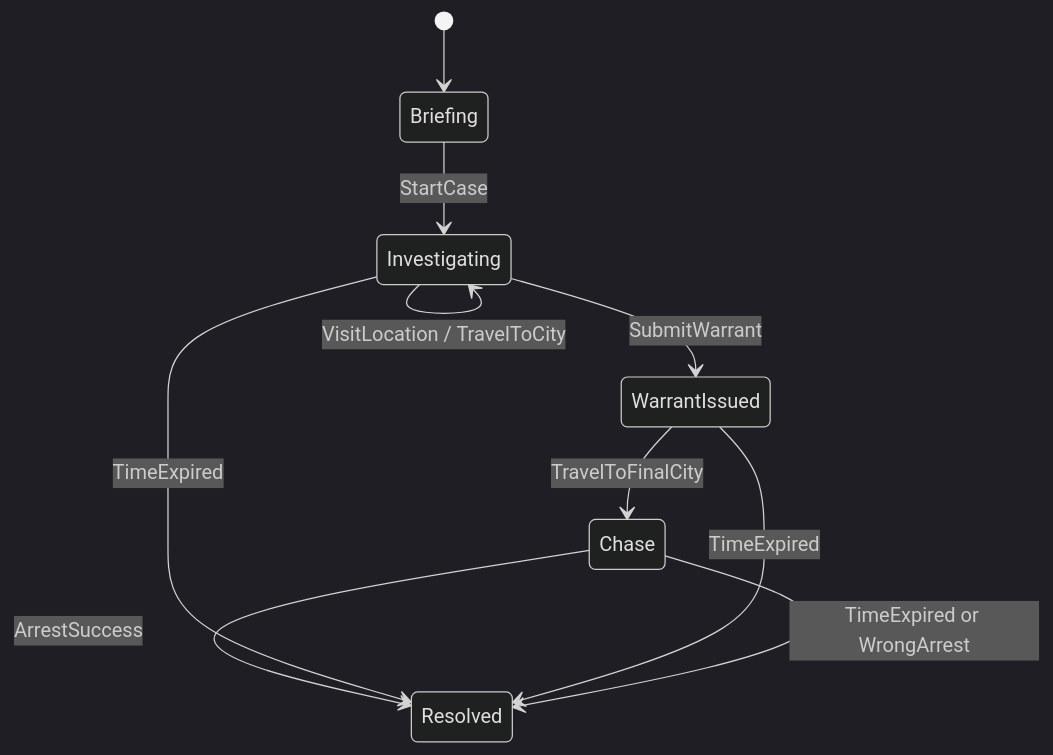
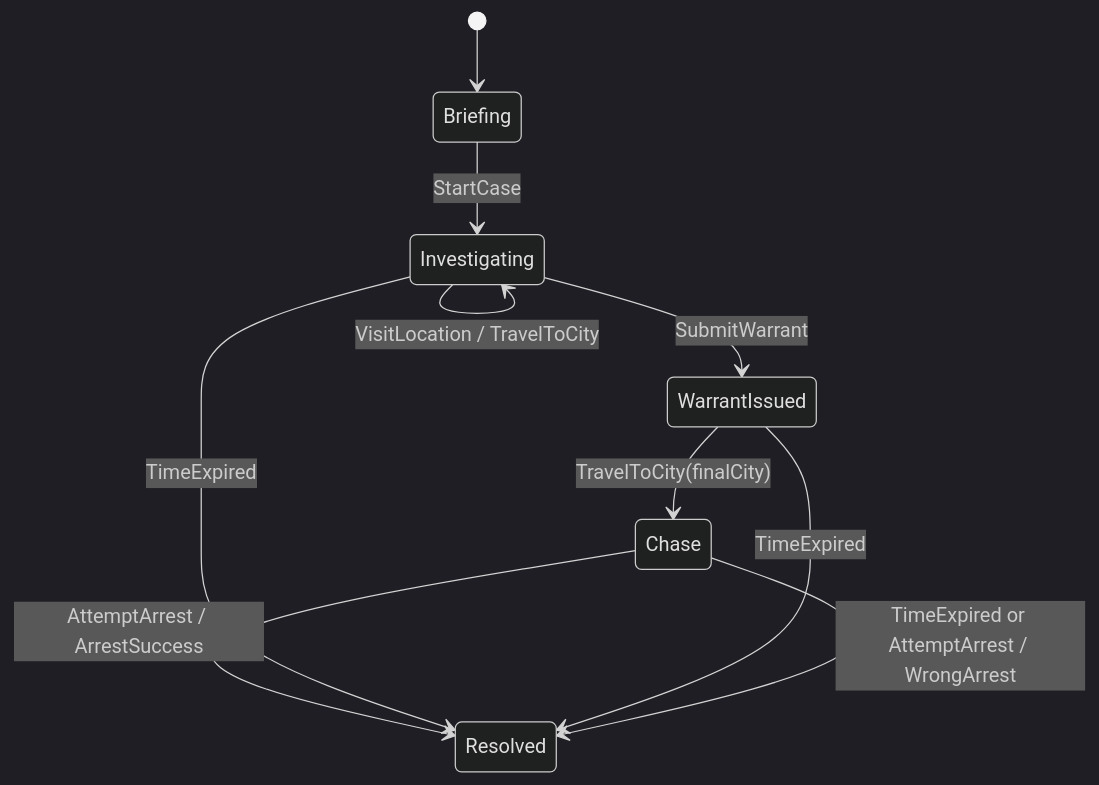
The diagram in docs/architecture/state-machine.md (quemasandy/cypher), drawn with Mermaid (dark theme) before and after one commit. The commit also changed other lines of this file and 14 other files, not shown here.

Commit message:
feat: implement warrant submission, arrest attempts, and deterministic procedural case generation with seeded scenarios

````diff
--- a/docs/architecture/state-machine.md
+++ b/docs/architecture/state-machine.md
@@ -15,12 +15,12 @@
 ```mermaid
 stateDiagram-v2
     [*] --> Briefing
     Briefing --> Investigating: StartCase
     Investigating --> Investigating: VisitLocation / TravelToCity
     Investigating --> WarrantIssued: SubmitWarrant
-    WarrantIssued --> Chase: TravelToFinalCity
-    Chase --> Resolved: ArrestSuccess
+    WarrantIssued --> Chase: TravelToCity(finalCity)
+    Chase --> Resolved: AttemptArrest / ArrestSuccess
     Investigating --> Resolved: TimeExpired
     WarrantIssued --> Resolved: TimeExpired
-    Chase --> Resolved: TimeExpired or WrongArrest
+    Chase --> Resolved: TimeExpired or AttemptArrest / WrongArrest
 ```
````
